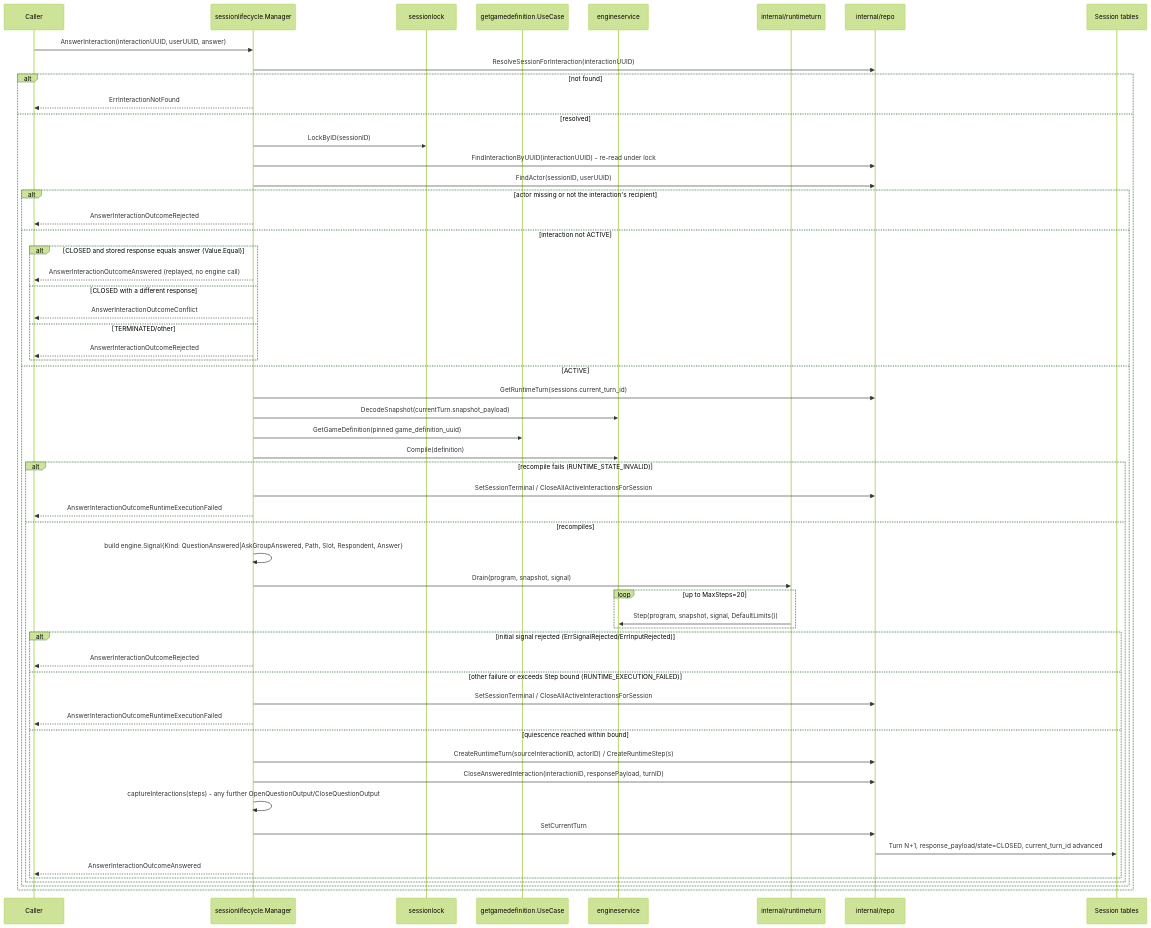
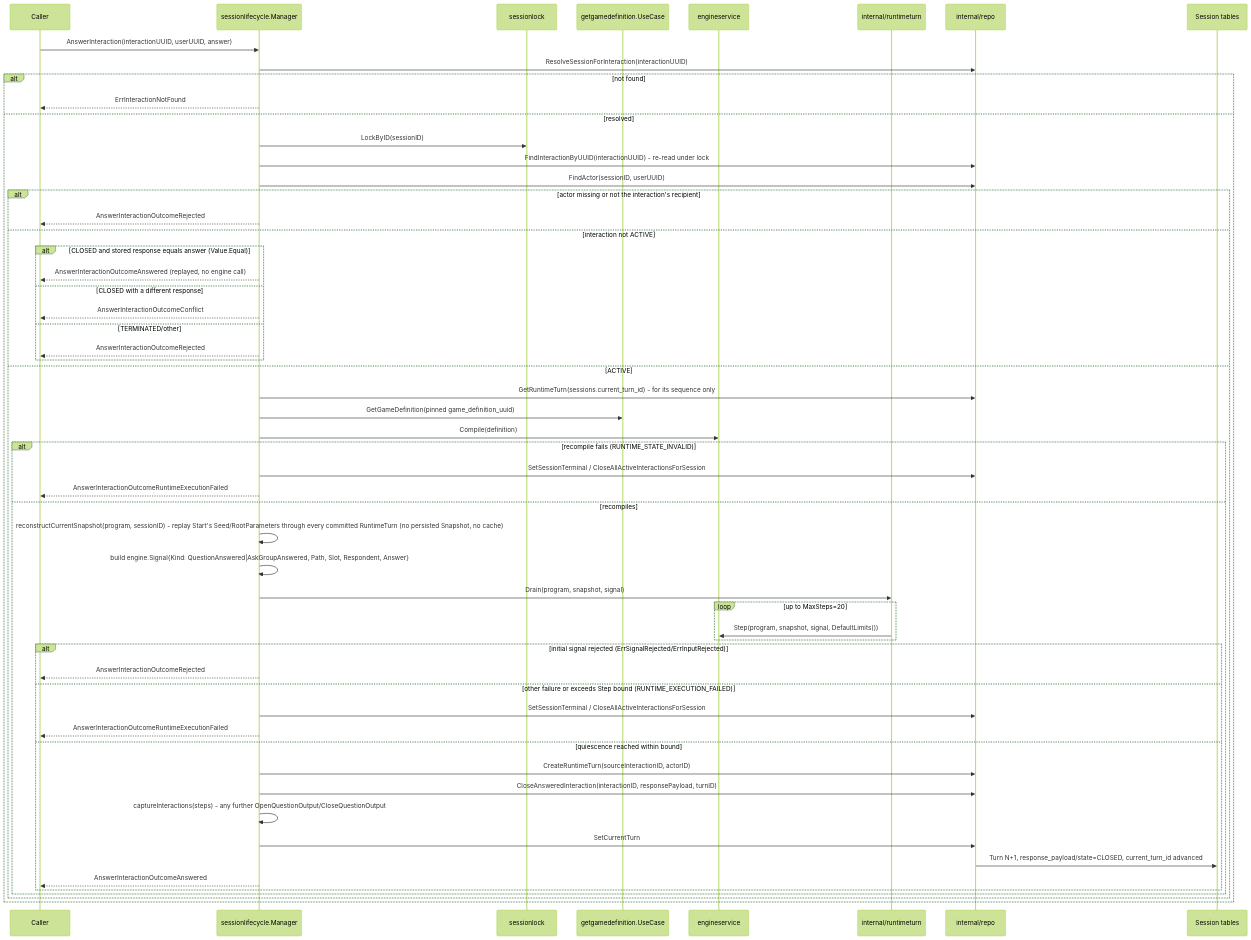
The fourth of 4 diagrams in game/docs/FLOWS.md (diegobermudez03/playhoot), drawn with Mermaid (forest theme) before and after one commit. The commit also changed other lines of this file and 19 other files, not shown here.

````diff
--- a/game/docs/FLOWS.md
+++ b/game/docs/FLOWS.md
@@ -154,60 +155,60 @@
 ```mermaid
 sequenceDiagram
     participant Caller
     participant Mgr as sessionlifecycle.Manager
     participant Lock as sessionlock
     participant GetDef as getgamedefinition.UseCase
     participant Engine as engineservice
     participant Drain as internal/runtimeturn
     participant Repo as internal/repo
     participant DB as Session tables
 
     Caller->>Mgr: AnswerInteraction(interactionUUID, userUUID, answer)
     Mgr->>Repo: ResolveSessionForInteraction(interactionUUID)
     alt not found
         Mgr-->>Caller: ErrInteractionNotFound
     else resolved
         Mgr->>Lock: LockByID(sessionID)
         Mgr->>Repo: FindInteractionByUUID(interactionUUID) - re-read under lock
         Mgr->>Repo: FindActor(sessionID, userUUID)
         alt actor missing or not the interaction's recipient
             Mgr-->>Caller: AnswerInteractionOutcomeRejected
         else interaction not ACTIVE
             alt CLOSED and stored response equals answer (Value.Equal)
                 Mgr-->>Caller: AnswerInteractionOutcomeAnswered (replayed, no engine call)
             else CLOSED with a different response
                 Mgr-->>Caller: AnswerInteractionOutcomeConflict
             else TERMINATED/other
                 Mgr-->>Caller: AnswerInteractionOutcomeRejected
             end
         else ACTIVE
-            Mgr->>Repo: GetRuntimeTurn(sessions.current_turn_id)
-            Mgr->>Engine: DecodeSnapshot(currentTurn.snapshot_payload)
+            Mgr->>Repo: GetRuntimeTurn(sessions.current_turn_id) - for its sequence only
             Mgr->>GetDef: GetGameDefinition(pinned game_definition_uuid)
             Mgr->>Engine: Compile(definition)
             alt recompile fails (RUNTIME_STATE_INVALID)
                 Mgr->>Repo: SetSessionTerminal / CloseAllActiveInteractionsForSession
                 Mgr-->>Caller: AnswerInteractionOutcomeRuntimeExecutionFailed
             else recompiles
+                Mgr->>Mgr: reconstructCurrentSnapshot(program, sessionID) - replay Start's Seed/RootParameters through every committed RuntimeTurn (no persisted Snapshot, no cache)
                 Mgr->>Mgr: build engine.Signal{Kind: QuestionAnswered|AskGroupAnswered, Path, Slot, Respondent, Answer}
                 Mgr->>Drain: Drain(program, snapshot, signal)
                 loop up to MaxSteps=20
                     Drain->>Engine: Step(program, snapshot, signal, DefaultLimits())
                 end
                 alt initial signal rejected (ErrSignalRejected/ErrInputRejected)
                     Mgr-->>Caller: AnswerInteractionOutcomeRejected
                 else other failure or exceeds Step bound (RUNTIME_EXECUTION_FAILED)
                     Mgr->>Repo: SetSessionTerminal / CloseAllActiveInteractionsForSession
                     Mgr-->>Caller: AnswerInteractionOutcomeRuntimeExecutionFailed
                 else quiescence reached within bound
-                    Mgr->>Repo: CreateRuntimeTurn(sourceInteractionID, actorID) / CreateRuntimeStep(s)
+                    Mgr->>Repo: CreateRuntimeTurn(sourceInteractionID, actorID)
                     Mgr->>Repo: CloseAnsweredInteraction(interactionID, responsePayload, turnID)
                     Mgr->>Mgr: captureInteractions(steps) - any further OpenQuestionOutput/CloseQuestionOutput
                     Mgr->>Repo: SetCurrentTurn
                     Repo->>DB: Turn N+1, response_payload/state=CLOSED, current_turn_id advanced
                     Mgr-->>Caller: AnswerInteractionOutcomeAnswered
                 end
             end
         end
     end
 ```
````
